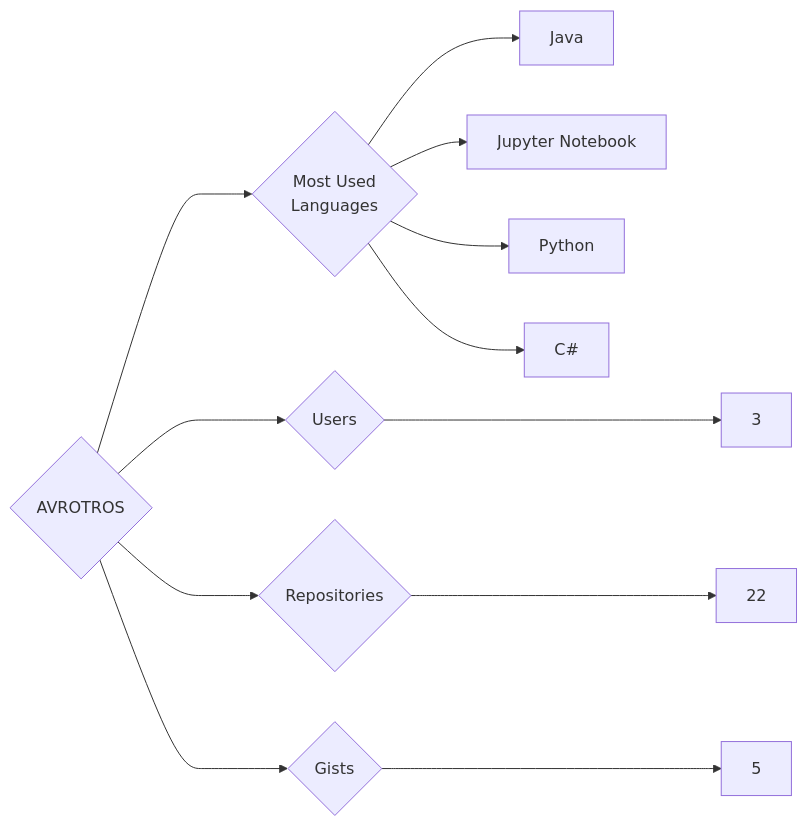
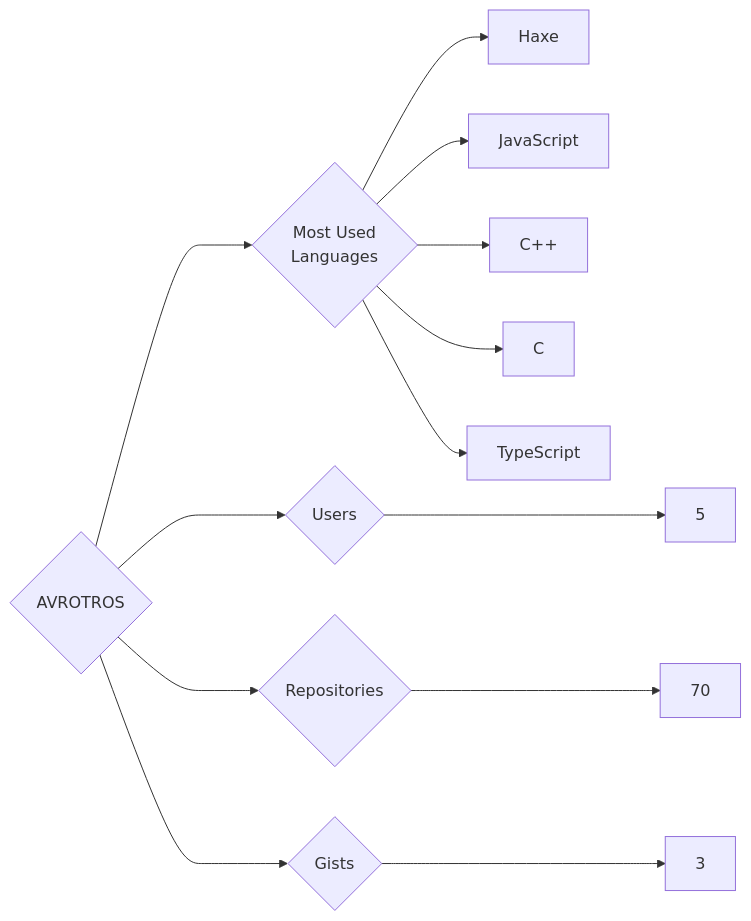
The diagram in targets/AVROTROS/README.md (trickest/insiders), drawn with Mermaid before and after one commit. The commit also changed 891 other files, not shown here.

````diff
--- a/targets/AVROTROS/README.md
+++ b/targets/AVROTROS/README.md
@@ -3,12 +3,13 @@
 ```mermaid
 graph LR
 COMPANY_NAME{AVROTROS}
-COMPANY_NAME ---> U{Users} ---> UN[3]
-COMPANY_NAME ---> R{Repositories} ---> RN[22]
-COMPANY_NAME ---> G{Gists} ---> GN[5]
+COMPANY_NAME ---> U{Users} ---> UN[5]
+COMPANY_NAME ---> R{Repositories} ---> RN[70]
+COMPANY_NAME ---> G{Gists} ---> GN[3]
 COMPANY_NAME ---> ML{Most Used<br>Languages}
-ML --> Java[Java]
-ML --> Jupyter_Notebook[Jupyter Notebook]
-ML --> Python[Python]
-ML --> C#[C#]
+ML --> Haxe[Haxe]
+ML --> JavaScript[JavaScript]
+ML --> C++[C++]
+ML --> C[C]
+ML --> TypeScript[TypeScript]
 ```
````
